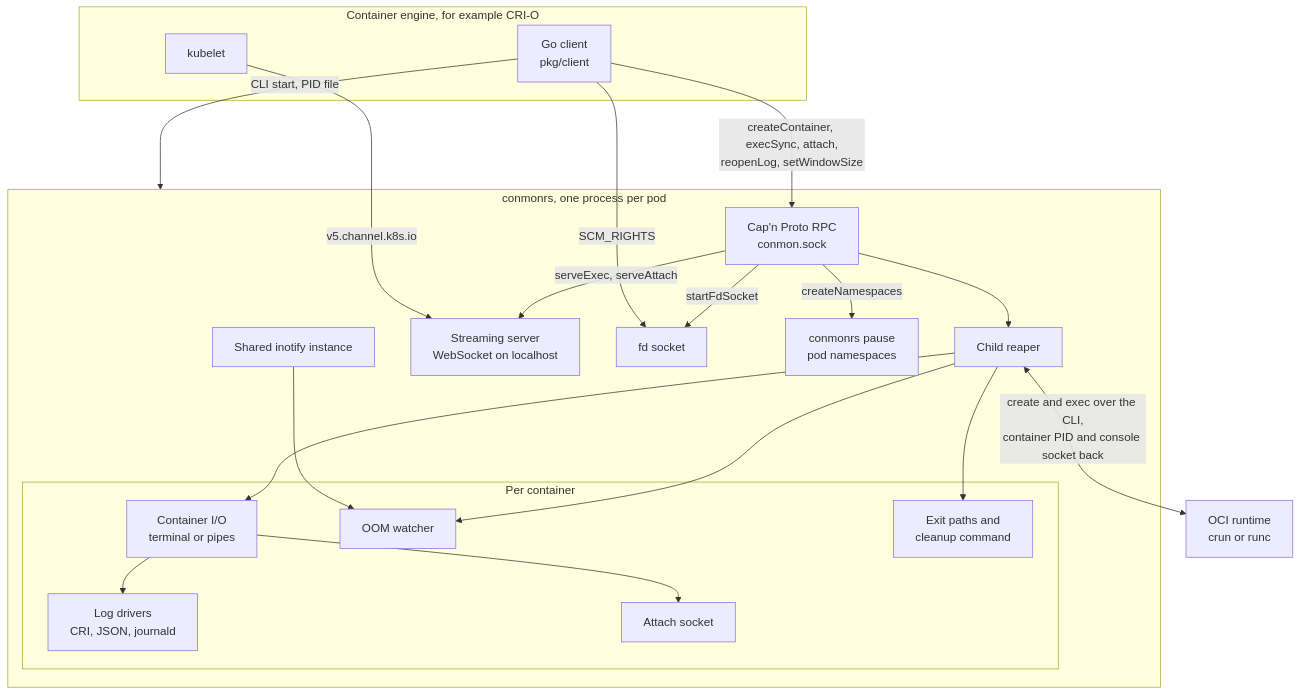
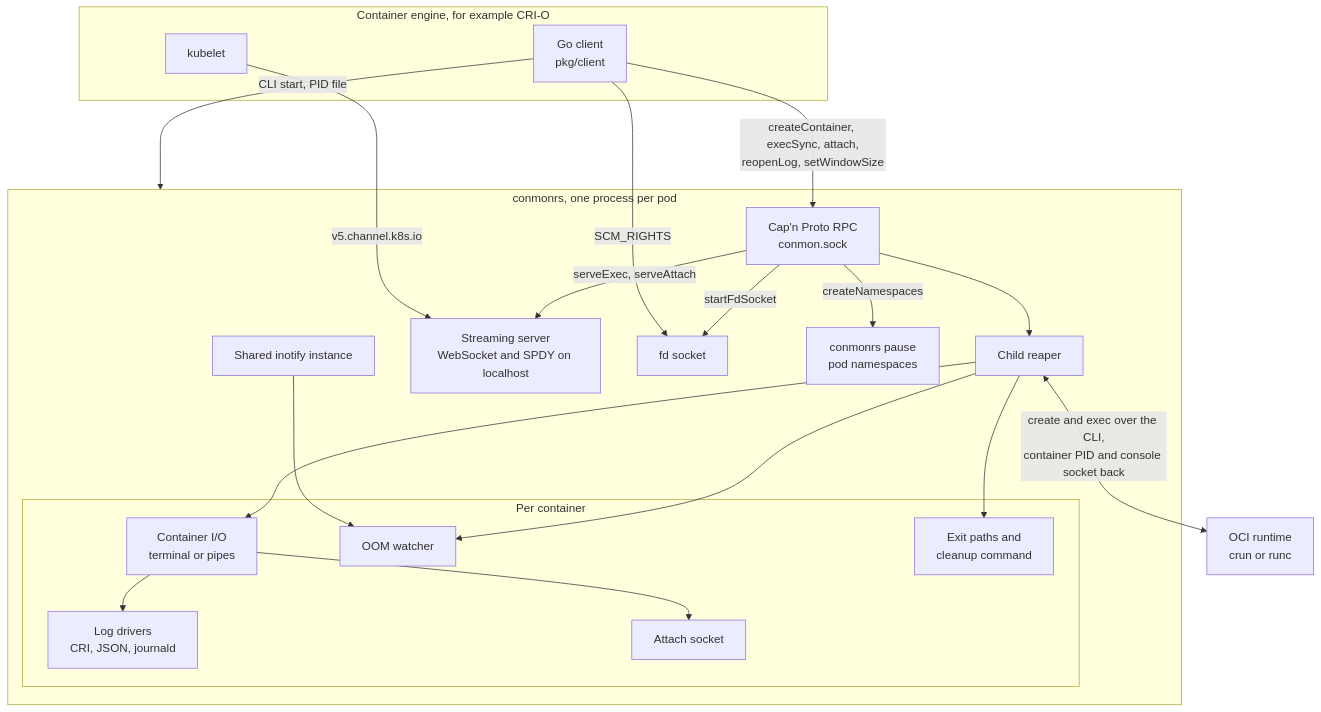
The diagram in README.md (containers/conmon-rs), drawn with Mermaid before and after one commit. The commit also changed other lines of this file and 18 other files, not shown here.

````diff
--- a/README.md
+++ b/README.md
@@ -108,41 +110,41 @@
 ```mermaid
 flowchart TB
     subgraph engine["Container engine, for example CRI-O"]
         client["Go client<br/>pkg/client"]
         kubelet["kubelet"]
     end
 
     subgraph server["conmonrs, one process per pod"]
         rpc["Cap'n Proto RPC<br/>conmon.sock"]
         reaper["Child reaper"]
         subgraph percontainer["Per container"]
             io["Container I/O<br/>terminal or pipes"]
             logs["Log drivers<br/>CRI, JSON, journald"]
             attachsock["Attach socket"]
             oom["OOM watcher"]
             exitpaths["Exit paths and<br/>cleanup command"]
         end
         inotify["Shared inotify instance"]
-        streaming["Streaming server<br/>WebSocket on localhost"]
+        streaming["Streaming server<br/>WebSocket and SPDY on localhost"]
         fdsock["fd socket"]
         pause["conmonrs pause<br/>pod namespaces"]
     end
 
     runtime["OCI runtime<br/>crun or runc"]
 
     client -- "CLI start, PID file" --> server
     client -- "createContainer, execSync, attach,<br/>reopenLog, setWindowSize" --> rpc
     rpc --> reaper
     reaper <-- "create and exec over the CLI,<br/>container PID and console socket back" --> runtime
     reaper --> io
     io --> logs
     io --> attachsock
     reaper --> oom
     inotify --> oom
     reaper --> exitpaths
     rpc -- "serveExec, serveAttach" --> streaming
     kubelet -- "v5.channel.k8s.io" --> streaming
     rpc -- "startFdSocket" --> fdsock
     client -- "SCM_RIGHTS" --> fdsock
     rpc -- "createNamespaces" --> pause
 ```
````
